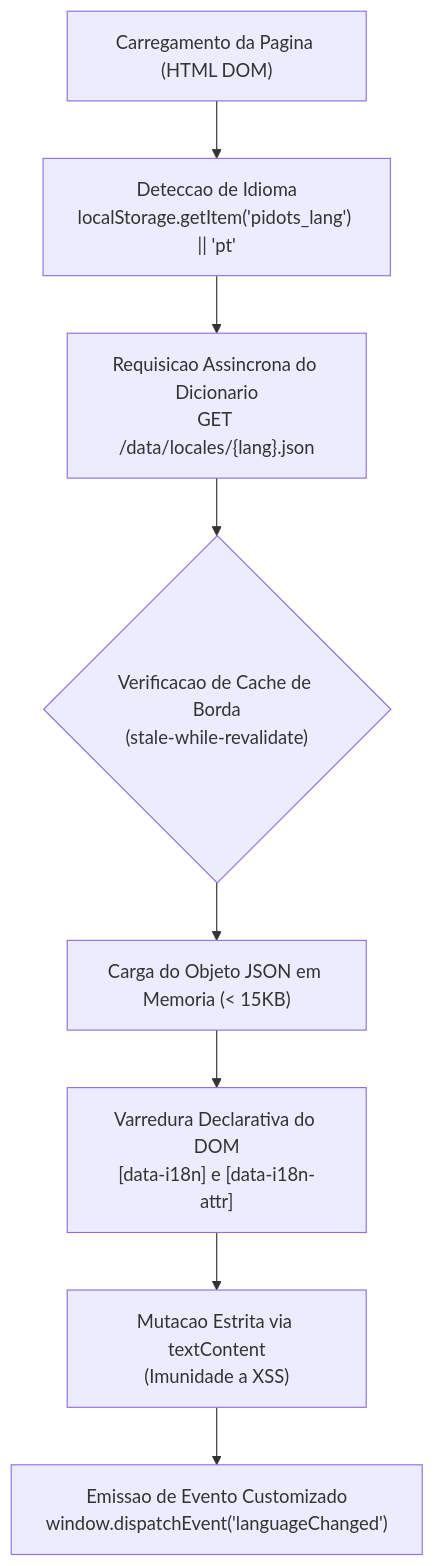
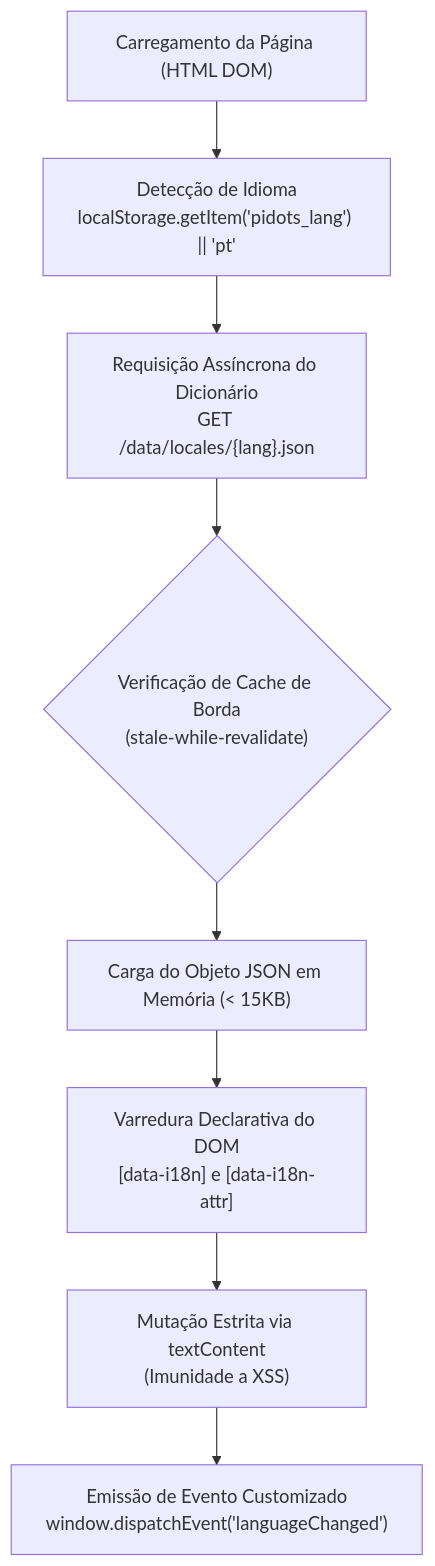
One commit to lyonpamplona/piDots changed the fourth of 13 diagrams in ARCHITECTURE.md. Above: the diagram before and after it, drawn with Mermaid. The commit also changed other lines of this file and 1 other file, not shown here.

````diff
--- a/ARCHITECTURE.md
+++ b/ARCHITECTURE.md
@@ -423,10 +423,10 @@
 ```mermaid
 flowchart TD
-    Init["Carregamento da Pagina (HTML DOM)"] --> Detect["Deteccao de Idioma\nlocalStorage.getItem('pidots_lang') || 'pt'"]
-    Detect --> Fetch["Requisicao Assincrona do Dicionario\nGET /data/locales/{lang}.json"]
-    Fetch --> Cache{"Verificacao de Cache de Borda\n(stale-while-revalidate)"}
-    Cache --> Load["Carga do Objeto JSON em Memoria (< 15KB)"]
+    Init["Carregamento da Página (HTML DOM)"] --> Detect["Detecção de Idioma\nlocalStorage.getItem('pidots_lang') || 'pt'"]
+    Detect --> Fetch["Requisição Assíncrona do Dicionário\nGET /data/locales/{lang}.json"]
+    Fetch --> Cache{"Verificação de Cache de Borda\n(stale-while-revalidate)"}
+    Cache --> Load["Carga do Objeto JSON em Memória (< 15KB)"]
     Load --> Mutate["Varredura Declarativa do DOM\n[data-i18n] e [data-i18n-attr]"]
-    Mutate --> StrictDOM["Mutacao Estrita via textContent\n(Imunidade a XSS)"]
-    StrictDOM --> Dispatch["Emissao de Evento Customizado\nwindow.dispatchEvent('languageChanged')"]
+    Mutate --> StrictDOM["Mutação Estrita via textContent\n(Imunidade a XSS)"]
+    StrictDOM --> Dispatch["Emissão de Evento Customizado\nwindow.dispatchEvent('languageChanged')"]
 ```
````
